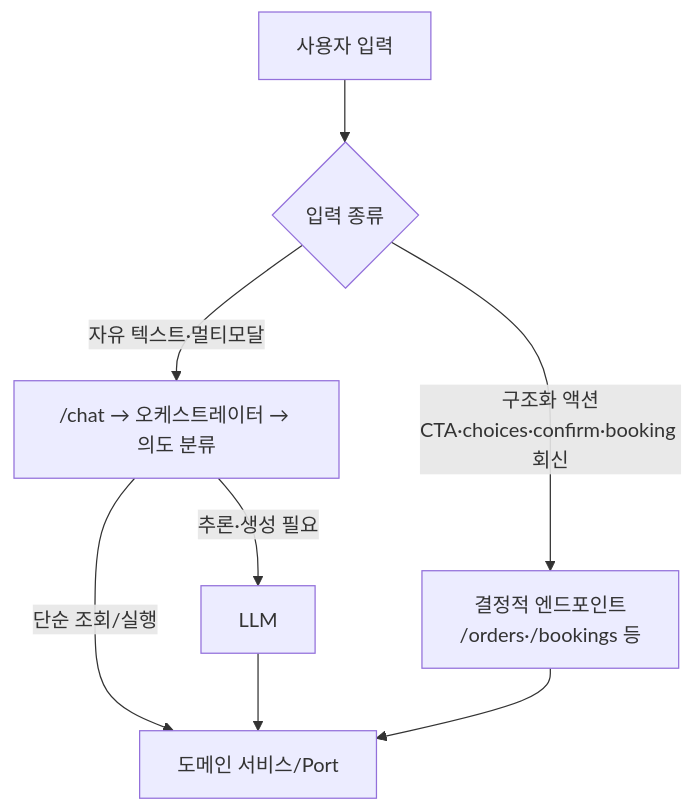
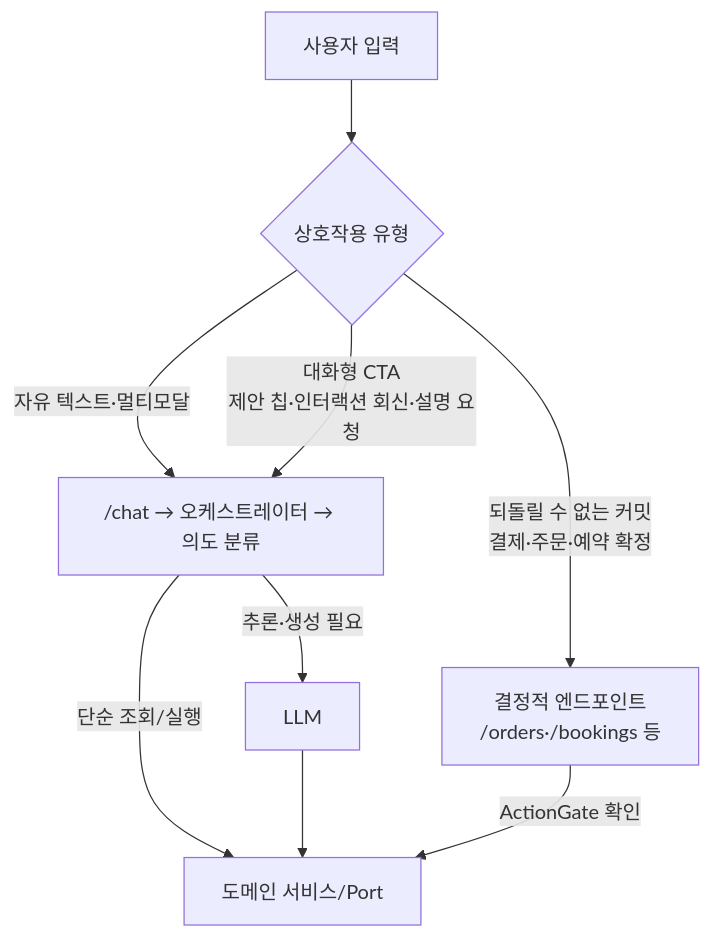
One commit to 92LEEJUN/rubicon-3 changed the third of 3 diagrams in docs/architecture.md. Above: the diagram before and after it, drawn with Mermaid. The commit also changed other lines of this file and 6 other files, not shown here.

````diff
--- a/docs/architecture.md
+++ b/docs/architecture.md
@@ -178,10 +199,11 @@
 ```mermaid
 flowchart TD
-  In["사용자 입력"] --> Q{입력 종류}
+  In["사용자 입력"] --> Q{상호작용 유형}
   Q -->|자유 텍스트·멀티모달| Chat["/chat → 오케스트레이터 → 의도 분류"]
-  Q -->|구조화 액션<br/>CTA·choices·confirm·booking 회신| API["결정적 엔드포인트<br/>/orders·/bookings 등"]
+  Q -->|대화형 CTA<br/>제안 칩·인터랙션 회신·설명 요청| Chat
+  Q -->|되돌릴 수 없는 커밋<br/>결제·주문·예약 확정| API["결정적 엔드포인트<br/>/orders·/bookings 등"]
   Chat -->|추론·생성 필요| LLM["LLM"]
   Chat -->|단순 조회/실행| Dom["도메인 서비스/Port"]
   LLM --> Dom
-  API --> Dom
+  API -->|ActionGate 확인| Dom
 ```
````
